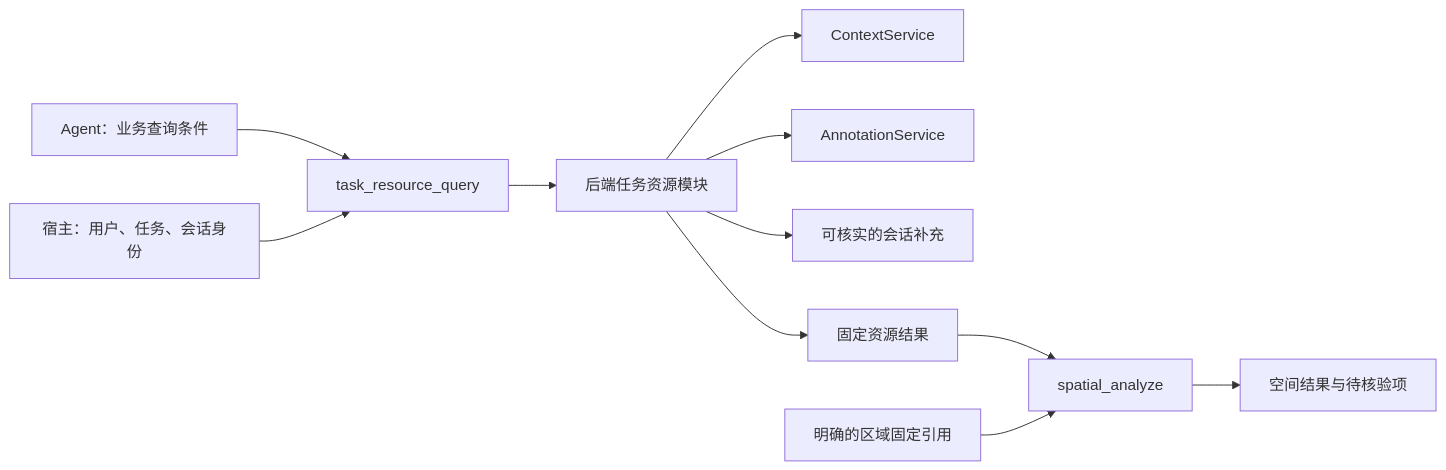
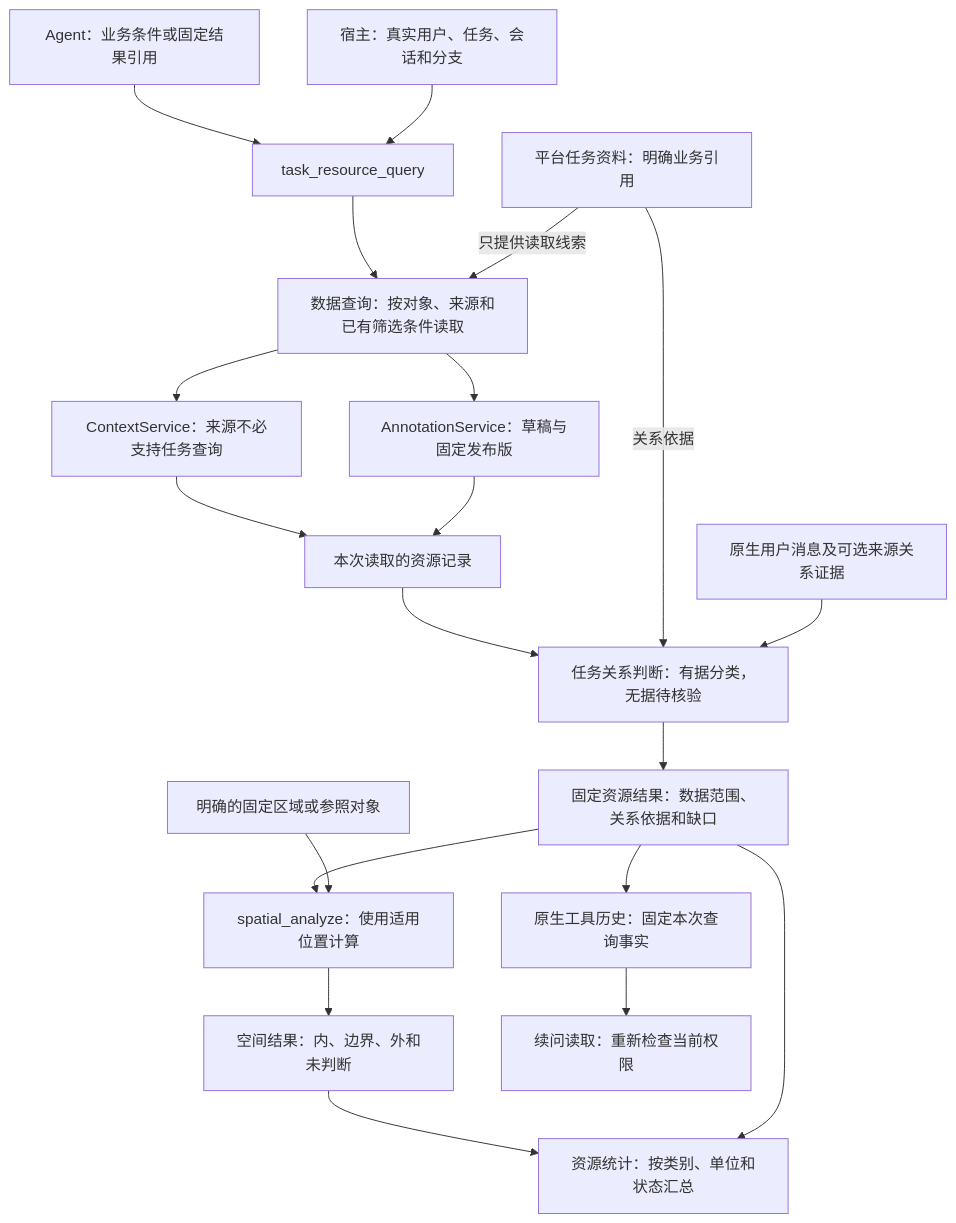
One commit to pulpcode/berserk changed the diagram in .trellis/tasks/10-28-agent-spatial-plotting/task-resources-20261102/02-query-and-spatial-tools.md. Above: the diagram before and after it, drawn with Mermaid. The commit also changed other lines of this file and 48 other files, not shown here.

````diff
--- a/.trellis/tasks/10-28-agent-spatial-plotting/task-resources-20261102/02-query-and-spatial-tools.md
+++ b/.trellis/tasks/10-28-agent-spatial-plotting/task-resources-20261102/02-query-and-spatial-tools.md
@@ -26,13 +53,22 @@
 ```mermaid
-flowchart LR
-    A[Agent：业务查询条件] --> Q[task_resource_query]
-    H[宿主：用户、任务、会话身份] --> Q
-    Q --> B[后端任务资源模块]
-    B --> C[ContextService]
-    B --> D[AnnotationService]
-    B --> E[可核实的会话补充]
-    B --> R[固定资源结果]
-    R --> S[spatial_analyze]
-    G[明确的区域固定引用] --> S
-    S --> O[空间结果与待核验项]
+flowchart TD
+    A[Agent：业务条件或固定结果引用] --> T[task_resource_query]
+    H[宿主：真实用户、任务、会话和分支] --> T
+    T --> Q[数据查询：按对象、来源和已有筛选条件读取]
+    B[平台任务资料：明确业务引用] -->|只提供读取线索| Q
+    Q --> C[ContextService：来源不必支持任务查询]
+    Q --> D[AnnotationService：草稿与固定发布版]
+    C --> L[本次读取的资源记录]
+    D --> L
+    L --> J[任务关系判断：有据分类，无据待核验]
+    B -->|关系依据| J
+    M[原生用户消息及可选来源关系证据] --> J
+    J --> R[固定资源结果：数据范围、关系依据和缺口]
+    R --> P[原生工具历史：固定本次查询事实]
+    R --> S[spatial_analyze：使用适用位置计算]
+    G[明确的固定区域或参照对象] --> S
+    S --> O[空间结果：内、边界、外和未判断]
+    O --> N[资源统计：按类别、单位和状态汇总]
+    R --> N
+    P --> U[续问读取：重新检查当前权限]
 ```
````
